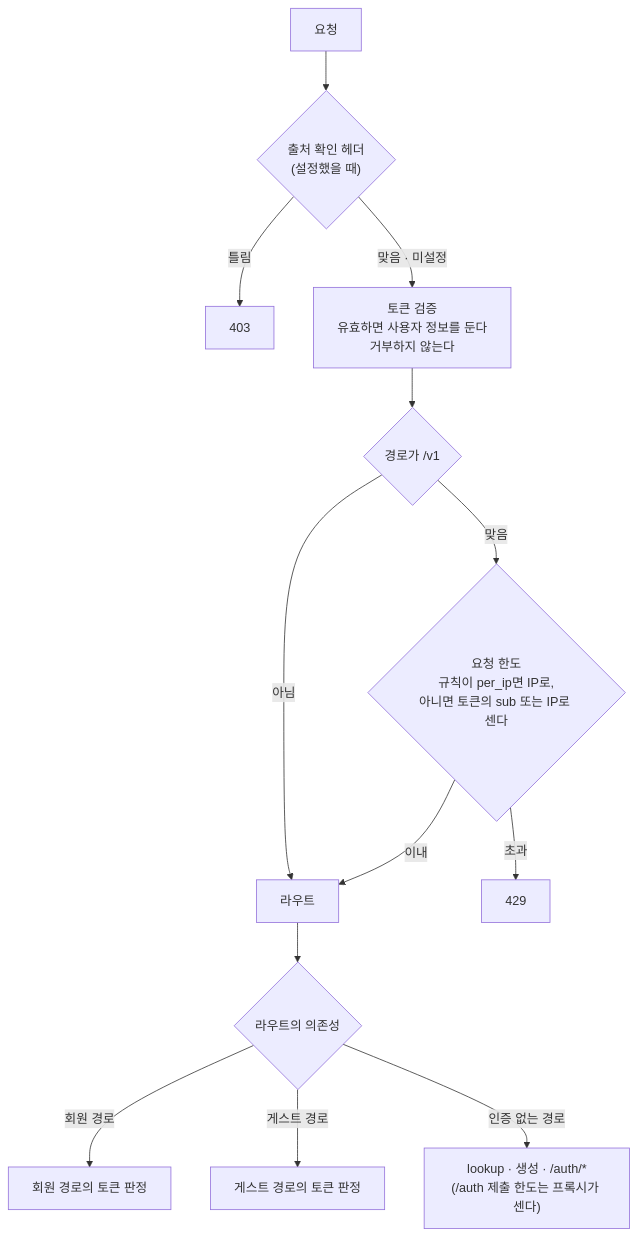
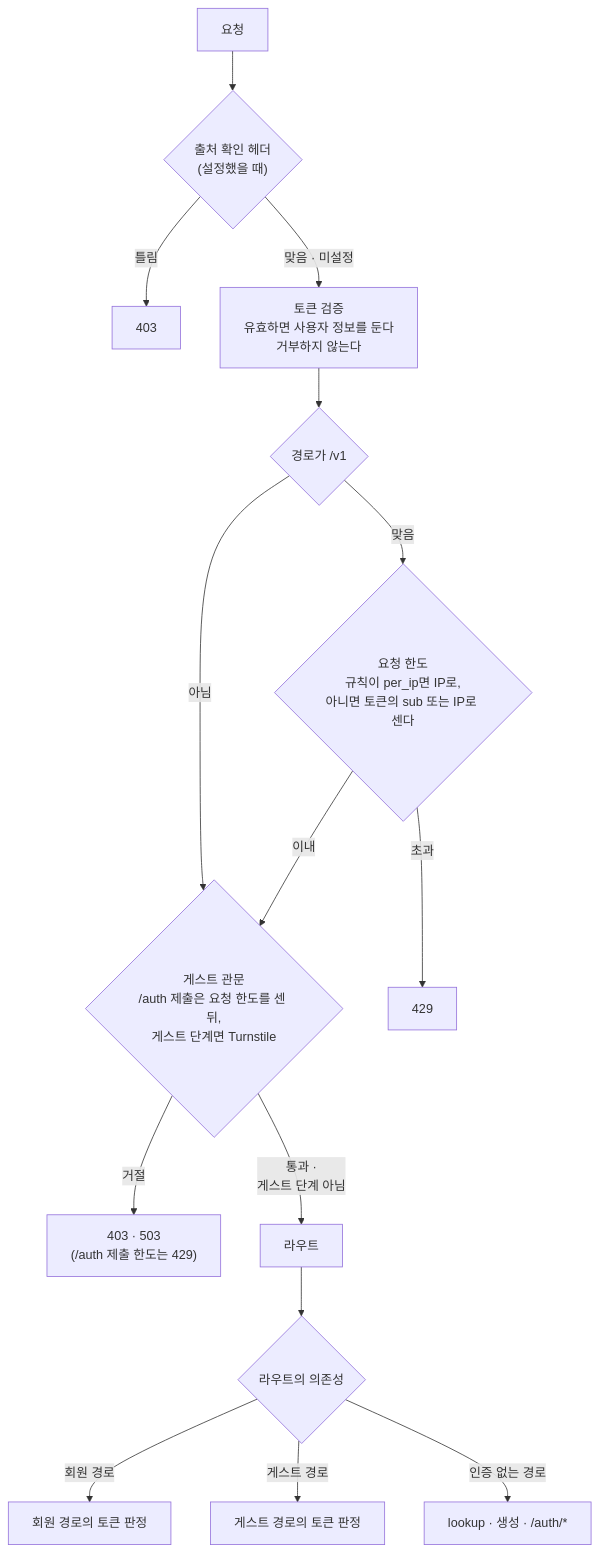
The sixth of 10 diagrams in docs/guides/guest.ko.md (onprem-hipster-timer/backend), drawn with Mermaid before and after one commit. The commit also changed other lines of this file and 13 other files, not shown here.

Commit message:
docs(guest): 게스트 단계마다 X-Turnstile-Token을 한 번만 받는 확인을 문서와 CHANGELOG에 반영한다

````diff
--- a/docs/guides/guest.ko.md
+++ b/docs/guides/guest.ko.md
@@ -305,15 +312,17 @@
 ```mermaid
 flowchart TD
     A["요청"] --> B{"출처 확인 헤더<br/>(설정했을 때)"}
     B -->|"틀림"| B403["403"]
     B -->|"맞음 · 미설정"| C["토큰 검증<br/>유효하면 사용자 정보를 둔다<br/>거부하지 않는다"]
     C --> D{"경로가 /v1"}
-    D -->|"아님"| R["라우트"]
+    D -->|"아님"| GT
     D -->|"맞음"| E{"요청 한도<br/>규칙이 per_ip면 IP로,<br/>아니면 토큰의 sub 또는 IP로 센다"}
     E -->|"초과"| E429["429"]
-    E -->|"이내"| R
+    E -->|"이내"| GT{"게스트 관문<br/>/auth 제출은 요청 한도를 센 뒤,<br/>게스트 단계면 Turnstile"}
+    GT -->|"거절"| GT403["403 · 503<br/>(/auth 제출 한도는 429)"]
+    GT -->|"통과 ·<br/>게스트 단계 아님"| R["라우트"]
     R --> F{"라우트의 의존성"}
     F -->|"회원 경로"| M["회원 경로의 토큰 판정"]
     F -->|"게스트 경로"| GG["게스트 경로의 토큰 판정"]
-    F -->|"인증 없는 경로"| N["lookup · 생성 · /auth/*<br/>(/auth 제출 한도는 프록시가 센다)"]
+    F -->|"인증 없는 경로"| N["lookup · 생성 · /auth/*"]
 ```
````
